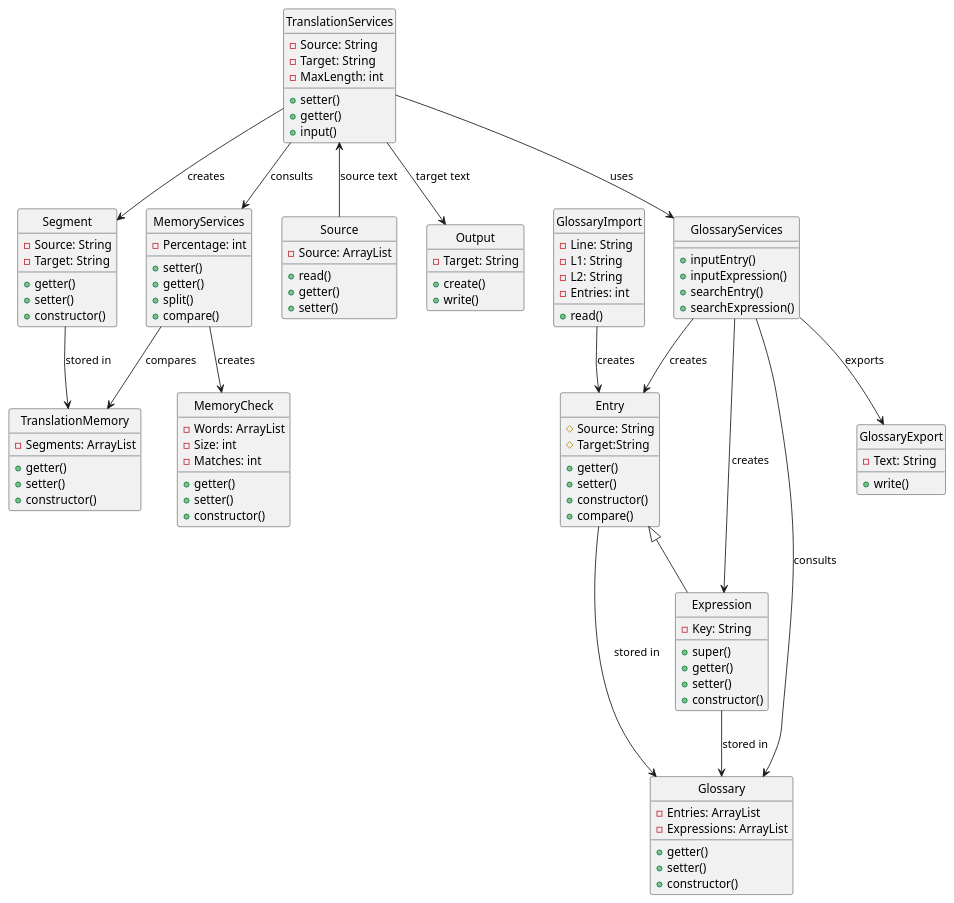
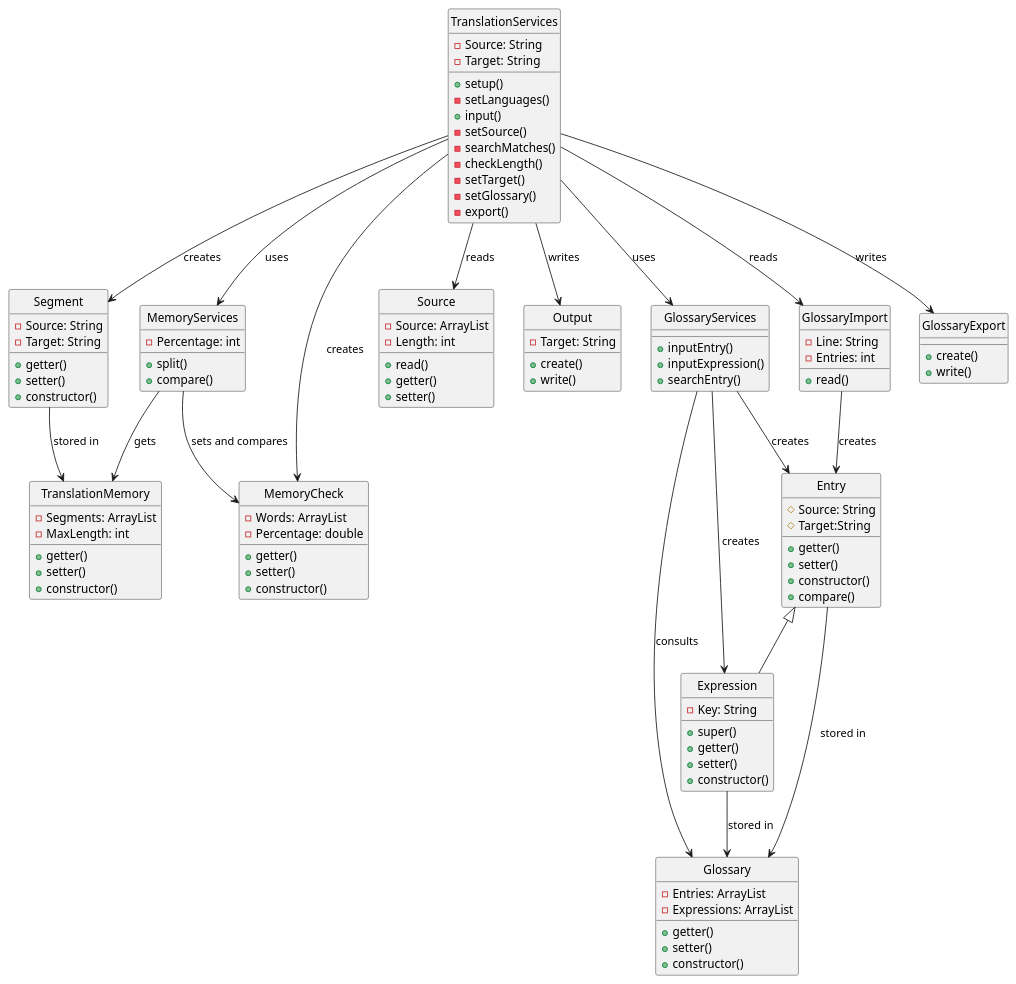
One commit to emiestevarena/OpenCATe changed the diagram in sequence.plantuml. Above: the diagram before and after it, drawn with PlantUML. The commit also changed 3 other files, not shown here.

Commit message:
UML update ready!

```diff
--- a/sequence.plantuml
+++ b/sequence.plantuml
@@ -1,120 +1,123 @@
 @startuml OpenCATe
 skinparam   Style   strictuml
 skinparam   SequenceMessageAlignment center
 
 
 class Segment{
     -Source: String
     -Target: String
     +getter()
     +setter()
     +constructor()
 }
 
 class TranslationMemory{
     -Segments: ArrayList
+    -MaxLength: int
     +getter()
     +setter()
     +constructor()
 }
 
 class Entry{
     #Source: String 
     #Target:String
     +getter()
     +setter()
     +constructor()
     +compare()
 }
 
 class Expression extends Entry{
     -Key: String
     +super()
     +getter()
     +setter()
     +constructor()
 }
 
 class Glossary{
     -Entries: ArrayList
     -Expressions: ArrayList
     +getter()
     +setter()
     +constructor()
 }
 
 class TranslationServices{
     -Source: String
     -Target: String
-    -MaxLength: int
-    +setter()
-    +getter()
+    +setup()
+    -setLanguages()
     +input()
+    -setSource()
+    -searchMatches()
+    -checkLength()
+    -setTarget()
+    -setGlossary()
+    -export()
 }
 
 class Source{
     -Source: ArrayList
+    -Length: int
     +read()
     +getter()
     +setter()
 }
 
 class Output{
     -Target: String
     +create()
     +write()
 }
 
 class GlossaryServices{
     +inputEntry()
     +inputExpression()
     +searchEntry()
-    +searchExpression()
 }
 
 class MemoryCheck{
     -Words: ArrayList
-    -Size: int
-    -Matches: int
+    -Percentage: double
     +getter()
     +setter()
     +constructor()
 }
 
 class MemoryServices{
     -Percentage: int
-    +setter()
-    +getter()
     +split()
     +compare()
 }
 
 class GlossaryImport{
     -Line: String
-    -L1: String
-    -L2: String
     -Entries: int
     +read()
 }
 
 class GlossaryExport{
-    -Text: String
+    +create()
     +write()
 }
 
 Segment --> TranslationMemory :stored in
 Expression --> Glossary :stored in
 Entry --> Glossary :stored in
 TranslationServices--> Segment :creates
-TranslationServices<-- Source: source text
-TranslationServices --> Output: target text
+TranslationServices --> Source: reads
+TranslationServices --> Output: writes
 TranslationServices --> GlossaryServices: uses
 GlossaryServices --> Entry : creates
 GlossaryServices --> Expression: creates
 GlossaryServices --> Glossary: consults
-TranslationServices --> MemoryServices: consults
-MemoryServices --> MemoryCheck: creates
-MemoryServices --> TranslationMemory: compares
+TranslationServices --> MemoryServices: uses
+TranslationServices --> MemoryCheck : creates
+MemoryServices --> MemoryCheck: sets and compares
+MemoryServices --> TranslationMemory: gets
 GlossaryImport --> Entry: creates
-GlossaryServices --> GlossaryExport :exports
+TranslationServices --> GlossaryExport :writes
+TranslationServices --> GlossaryImport :reads
 @enduml
```
